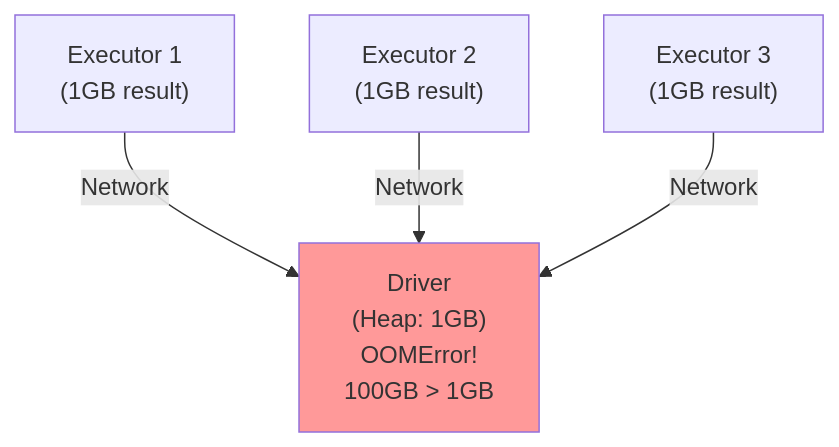
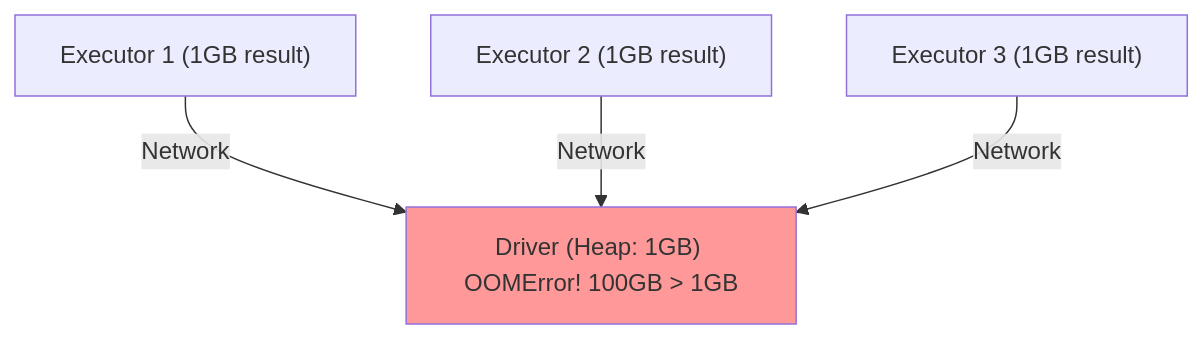
Before and after one commit to Anmol33/SystemDesign: the fifth of 6 diagrams in Batch Processing/02_Apache_Spark.md, drawn with Mermaid. The commit also changed other lines of this file and 7 other files, not shown here.

````diff
--- a/Batch Processing/02_Apache_Spark.md
+++ b/Batch Processing/02_Apache_Spark.md
@@ -204,8 +591,8 @@
 ```mermaid
 graph TD
-    E1["Executor 1<br/>(1GB result)"] -- "Network" --> D["Driver<br/>(Heap: 1GB)<br/>OOMError!<br/>100GB > 1GB"]
-    E2["Executor 2<br/>(1GB result)"] -- "Network" --> D
-    E3["Executor 3<br/>(1GB result)"] -- "Network" --> D
+    E1["Executor 1 (1GB result)"] -- "Network" --> D["Driver (Heap: 1GB) OOMError! 100GB > 1GB"]
+    E2["Executor 2 (1GB result)"] -- "Network" --> D
+    E3["Executor 3 (1GB result)"] -- "Network" --> D
     
     style D fill:#ff9999
 ```
````
